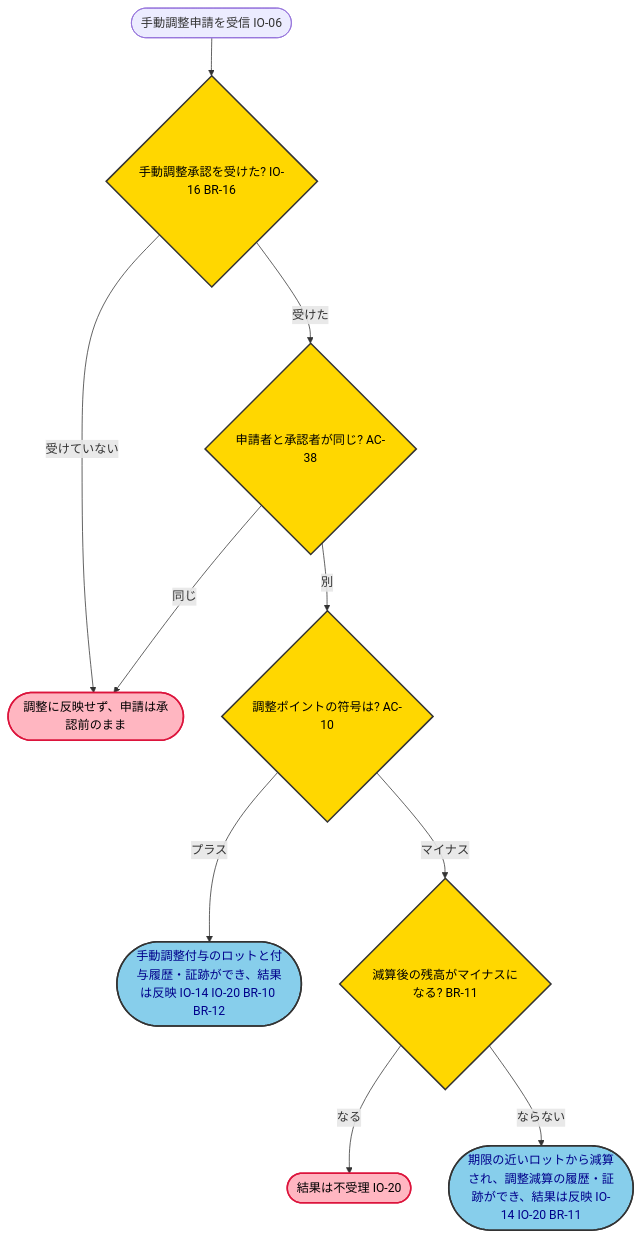
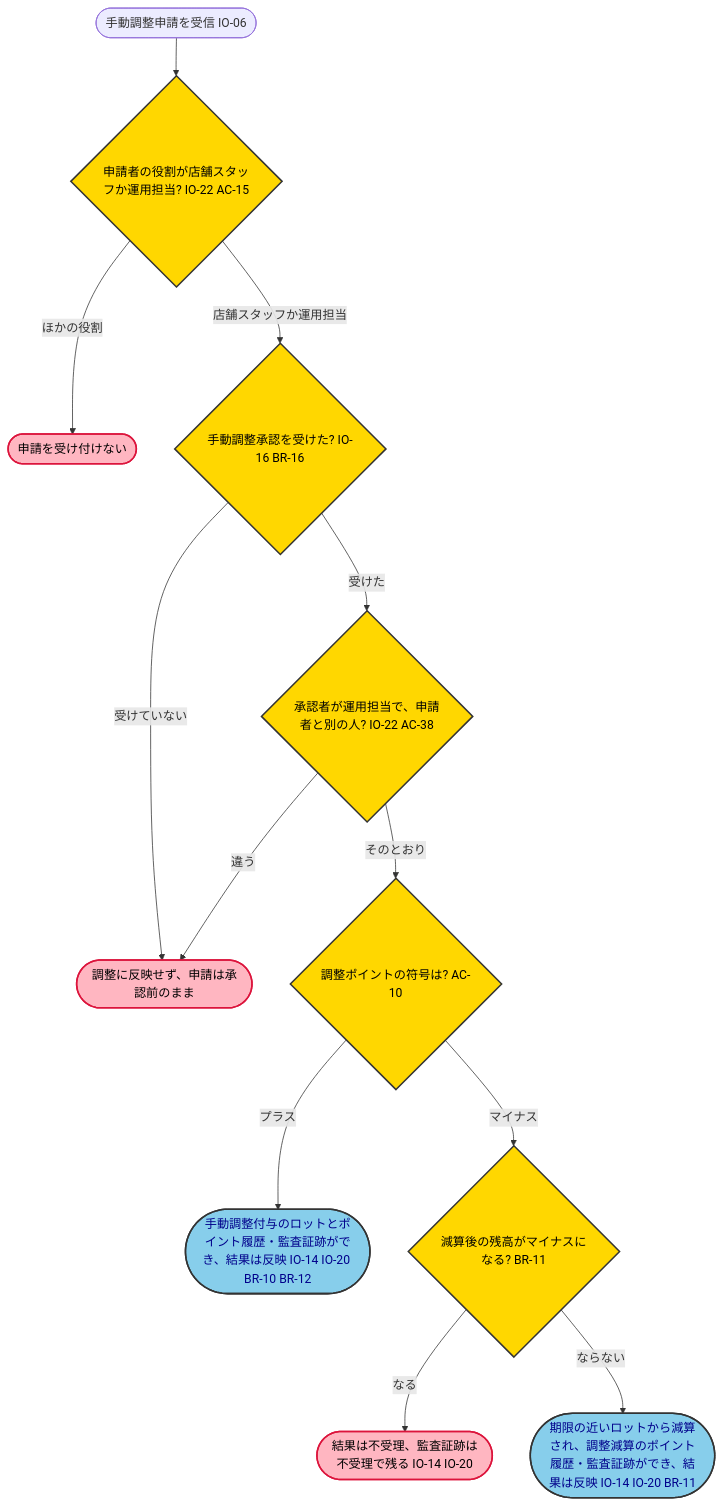
The eighth of 9 diagrams in samples/docs/requirements-detail.md (kasiopeiya/claude-dev-template), drawn with Mermaid before and after one commit. The commit also changed other lines of this file and 2 other files, not shown here.

````diff
--- a/samples/docs/requirements-detail.md
+++ b/samples/docs/requirements-detail.md
@@ -592,19 +708,21 @@
 ```mermaid
 flowchart TD
-    start(["手動調整申請を受信 IO-06"]) --> approval{"手動調整承認を受けた? IO-16 BR-16"}
+    start(["手動調整申請を受信 IO-06"]) --> applicant{"申請者の役割が店舗スタッフか運用担当? IO-22 AC-15"}
+    applicant -->|ほかの役割| refuse(["申請を受け付けない"])
+    applicant -->|店舗スタッフか運用担当| approval{"手動調整承認を受けた? IO-16 BR-16"}
     approval -->|受けていない| hold(["調整に反映せず、申請は承認前のまま"])
-    approval -->|受けた| same{"申請者と承認者が同じ? AC-38"}
-    same -->|同じ| hold
-    same -->|別| sign{"調整ポイントの符号は? AC-10"}
-    sign -->|プラス| plus(["手動調整付与のロットと付与履歴・証跡ができ、結果は反映 IO-14 IO-20 BR-10 BR-12"])
+    approval -->|受けた| same{"承認者が運用担当で、申請者と別の人? IO-22 AC-38"}
+    same -->|違う| hold
+    same -->|そのとおり| sign{"調整ポイントの符号は? AC-10"}
+    sign -->|プラス| plus(["手動調整付与のロットとポイント履歴・監査証跡ができ、結果は反映 IO-14 IO-20 BR-10 BR-12"])
     sign -->|マイナス| neg{"減算後の残高がマイナスになる? BR-11"}
-    neg -->|なる| reject(["結果は不受理 IO-20"])
-    neg -->|ならない| minus(["期限の近いロットから減算され、調整減算の履歴・証跡ができ、結果は反映 IO-14 IO-20 BR-11"])
+    neg -->|なる| reject(["結果は不受理、監査証跡は不受理で残る IO-14 IO-20"])
+    neg -->|ならない| minus(["期限の近いロットから減算され、調整減算のポイント履歴・監査証跡ができ、結果は反映 IO-14 IO-20 BR-11"])
 
     classDef decision fill:#FFD700,stroke:#333,stroke-width:2px,color:black
     classDef result fill:#87CEEB,stroke:#333,stroke-width:2px,color:darkblue
     classDef error fill:#FFB6C1,stroke:#DC143C,stroke-width:2px,color:black
-    class approval,same,sign,neg decision
+    class applicant,approval,same,sign,neg decision
     class plus,minus result
-    class hold,reject error
+    class refuse,hold,reject error
 ```
````
